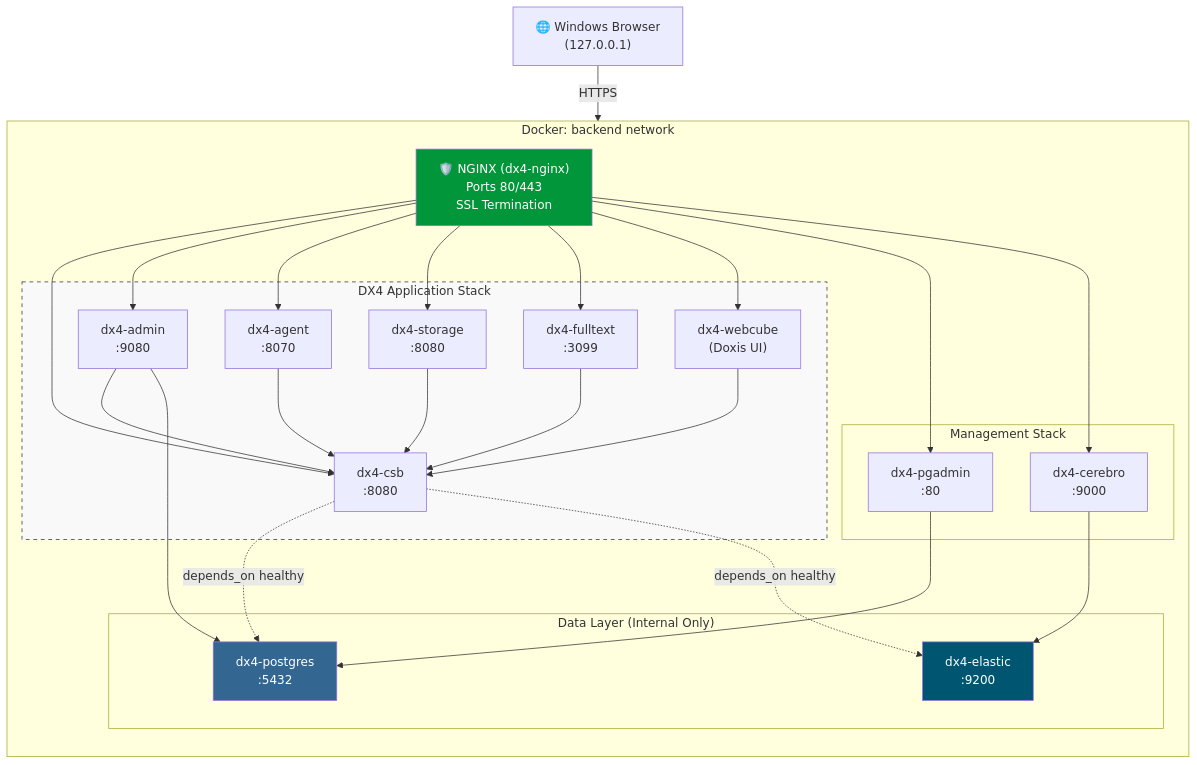
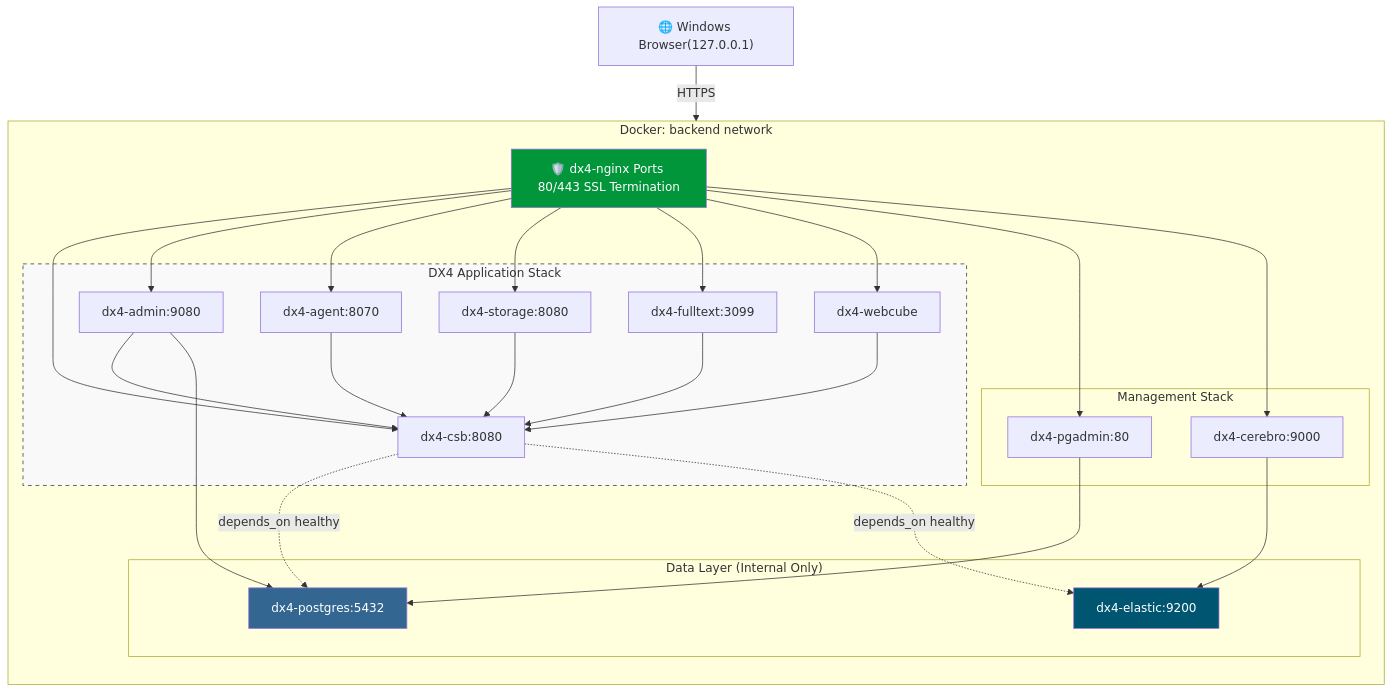
One commit to alf-wchong/SER-Doxis-CSB-Helper changed the diagram in LocalDevEnv/EdgeTerminatedSSL/DockerComposeModifications.md. Above: the diagram before and after it, drawn with Mermaid.

Commit message:
Update Mermaid diagram for Docker Compose modifications

````diff
--- a/LocalDevEnv/EdgeTerminatedSSL/DockerComposeModifications.md
+++ b/LocalDevEnv/EdgeTerminatedSSL/DockerComposeModifications.md
@@ -49,68 +49,68 @@
 ```mermaid
 flowchart TB
     %% External Entry
-    Browser["🌐 Windows Browser\n(127.0.0.1)"]
+    Browser["🌐 Windows Browser(127.0.0.1)"]
     
     subgraph Docker_Network ["Docker: backend network"]
         direction TB
         
         %% Reverse Proxy
-        Nginx["🛡️ NGINX (dx4-nginx)\nPorts 80/443\nSSL Termination"]
+        Nginx["🛡️ dx4-nginx Ports 80/443 SSL Termination"]
 
         %% Management Tools
         subgraph Management ["Management Stack"]
-            PgAdmin["dx4-pgadmin\n:80"]
-            Cerebro["dx4-cerebro\n:9000"]
+            PgAdmin["dx4-pgadmin:80"]
+            Cerebro["dx4-cerebro:9000"]
         end
 
         %% Core DX4 Stack
         subgraph DX4_Core ["DX4 Application Stack"]
-            CSB["dx4-csb\n:8080"]
-            Admin["dx4-admin\n:9080"]
-            Agent["dx4-agent\n:8070"]
-            Storage["dx4-storage\n:8080"]
-            Fulltext["dx4-fulltext\n:3099"]
-            WebCube["dx4-webcube\n(Doxis UI)"]
+            CSB["dx4-csb:8080"]
+            Admin["dx4-admin:9080"]
+            Agent["dx4-agent:8070"]
+            Storage["dx4-storage:8080"]
+            Fulltext["dx4-fulltext:3099"]
+            WebCube["dx4-webcube"]
         end
 
         %% Internal Data Layer
         subgraph Data_Layer ["Data Layer (Internal Only)"]
-            Elastic["dx4-elastic\n:9200"]
-            Postgres["dx4-postgres\n:5432"]
+            Elastic["dx4-elastic:9200"]
+            Postgres["dx4-postgres:5432"]
         end
     end
 
     %% Routing
     Browser -->|HTTPS| Nginx
     
     %% Nginx Reverse Proxy Links
     Nginx --> CSB
     Nginx --> Admin
     Nginx --> Agent
     Nginx --> Storage
     Nginx --> Fulltext
     Nginx --> WebCube
     Nginx --> PgAdmin
     Nginx --> Cerebro
 
     %% Internal Dependencies & Healthchecks
     CSB -.->|depends_on healthy| Postgres
     CSB -.->|depends_on healthy| Elastic
     
     Admin --> CSB
     Agent --> CSB
     Storage --> CSB
     Fulltext --> CSB
     WebCube --> CSB
     
     %% Database specific links
     Admin --> Postgres
     PgAdmin --> Postgres
     Cerebro --> Elastic
 
     %% Styling
     style Postgres fill:#336791,color:#fff
     style Elastic fill:#005571,color:#fff
     style Nginx fill:#009639,color:#fff
     style DX4_Core fill:#f9f9f9,stroke:#333,stroke-dasharray: 5 5
 ```
````
